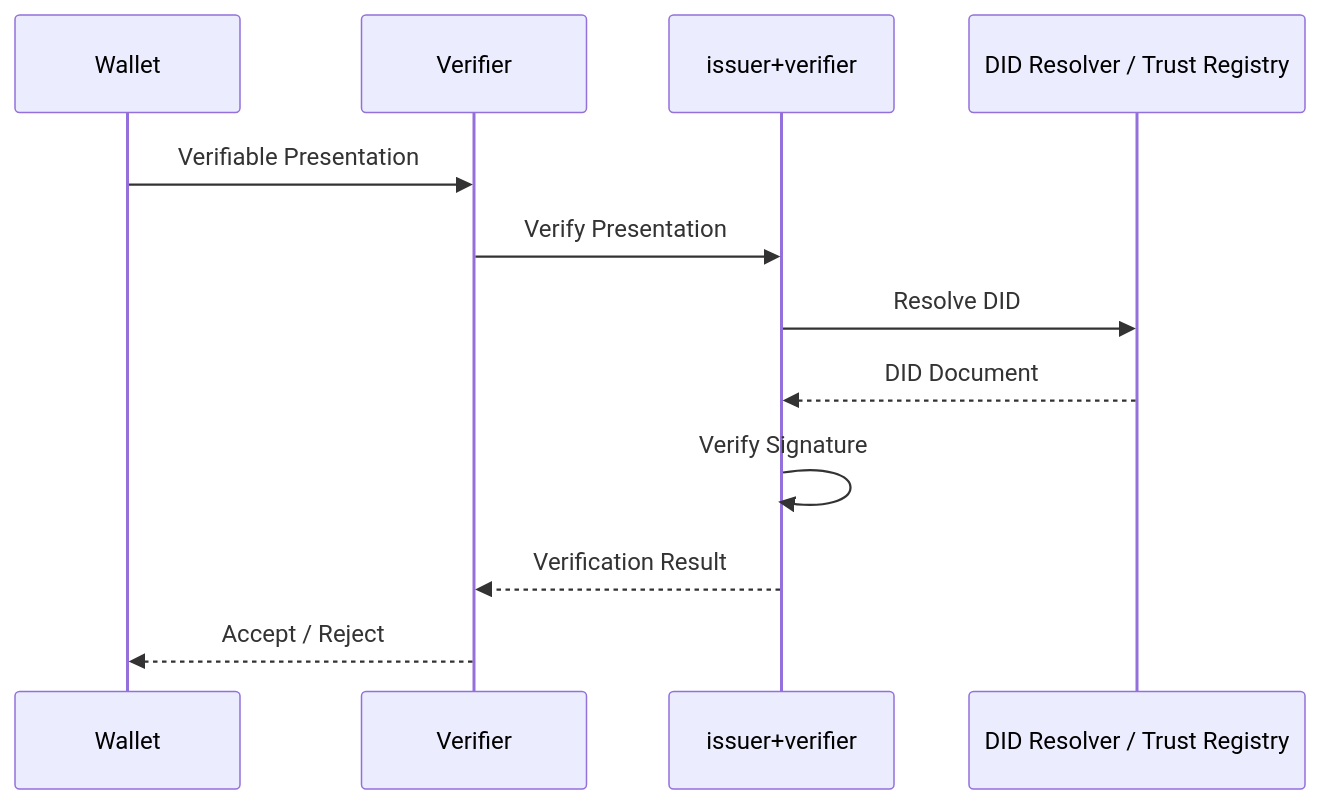
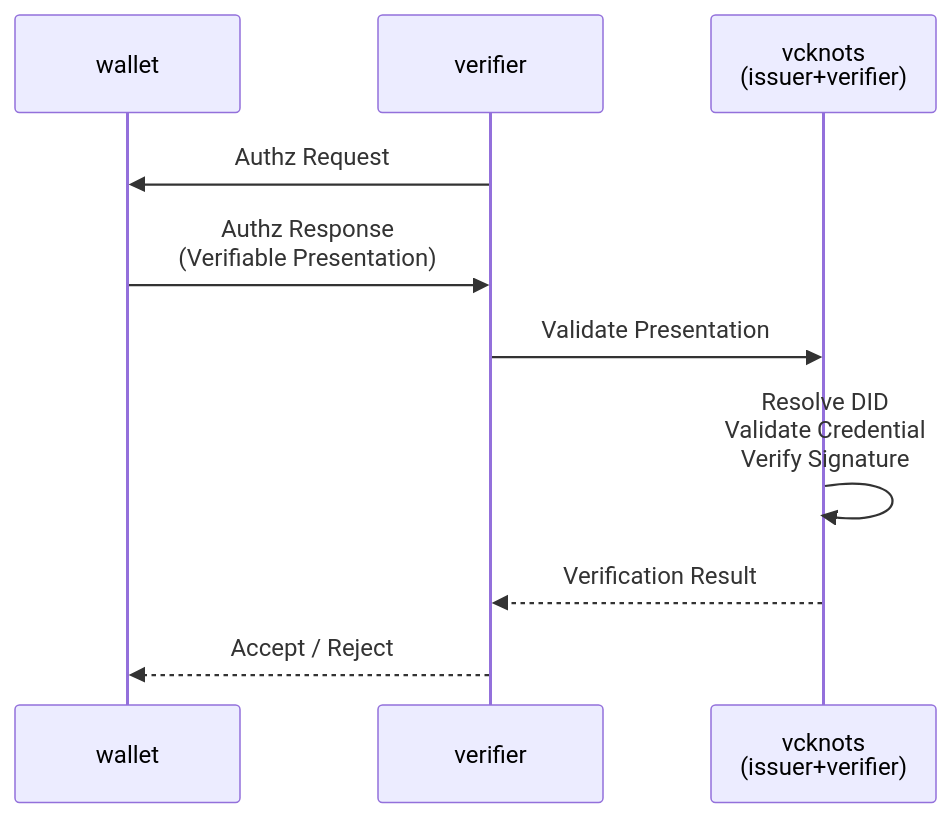
One commit to trustknots/vcknots changed the fourth of 4 diagrams in docs/i18n/ja/docusaurus-plugin-content-docs/current/architecture-overview.md. Above: the diagram before and after it, drawn with Mermaid. The commit also changed other lines of this file, not shown here.

Commit message:
docs: refactor architecture-overview

````diff
--- a/docs/i18n/ja/docusaurus-plugin-content-docs/current/architecture-overview.md
+++ b/docs/i18n/ja/docusaurus-plugin-content-docs/current/architecture-overview.md
@@ -159,22 +177,19 @@
 ```mermaid
 sequenceDiagram
 
-    participant Wallet
-    participant Verifier
-    participant Library as issuer+verifier
-    participant Trust as DID Resolver / Trust Registry
+    participant wallet
+    participant verifier
+    participant vcknots as vcknots<br/>(issuer+verifier)
 
-    Wallet->>Verifier: Verifiable Presentation
+    verifier->>wallet: Authz Request
 
-    Verifier->>Library: Verify Presentation
+    wallet->>verifier: Authz Response<br/>(Verifiable Presentation)
 
-    Library->>Trust: Resolve DID
+    verifier->>vcknots: Validate Presentation
 
-    Trust-->>Library: DID Document
+    vcknots->>vcknots: Resolve DID<br/>Validate Credential<br/>Verify Signature
 
-    Library->>Library: Verify Signature
+    vcknots-->>verifier: Verification Result
 
-    Library-->>Verifier: Verification Result
-
-    Verifier-->>Wallet: Accept / Reject
+    verifier-->>wallet: Accept / Reject
 ```
````
